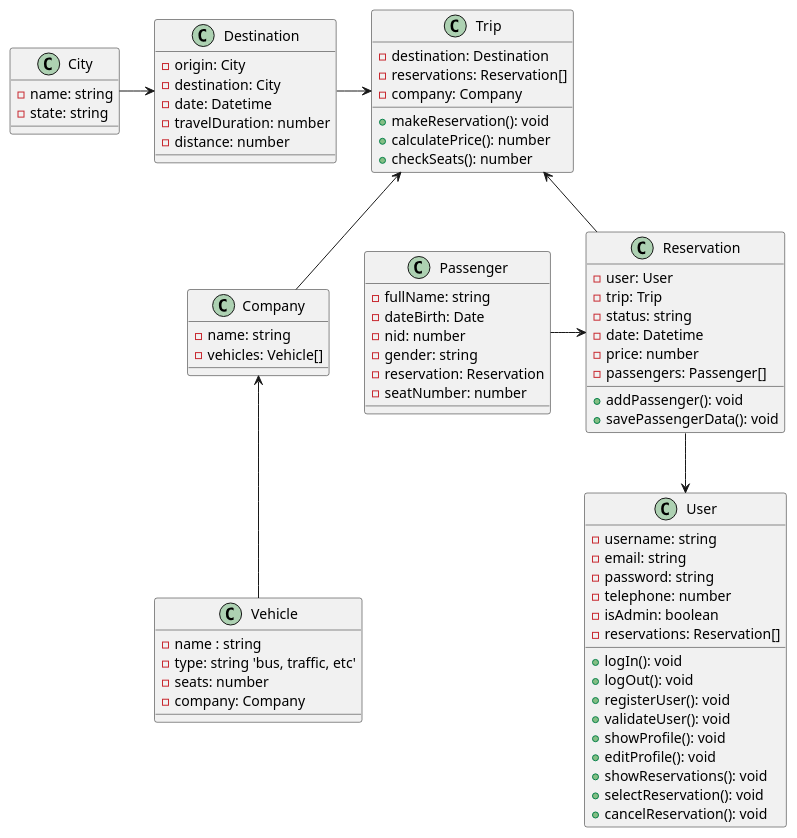
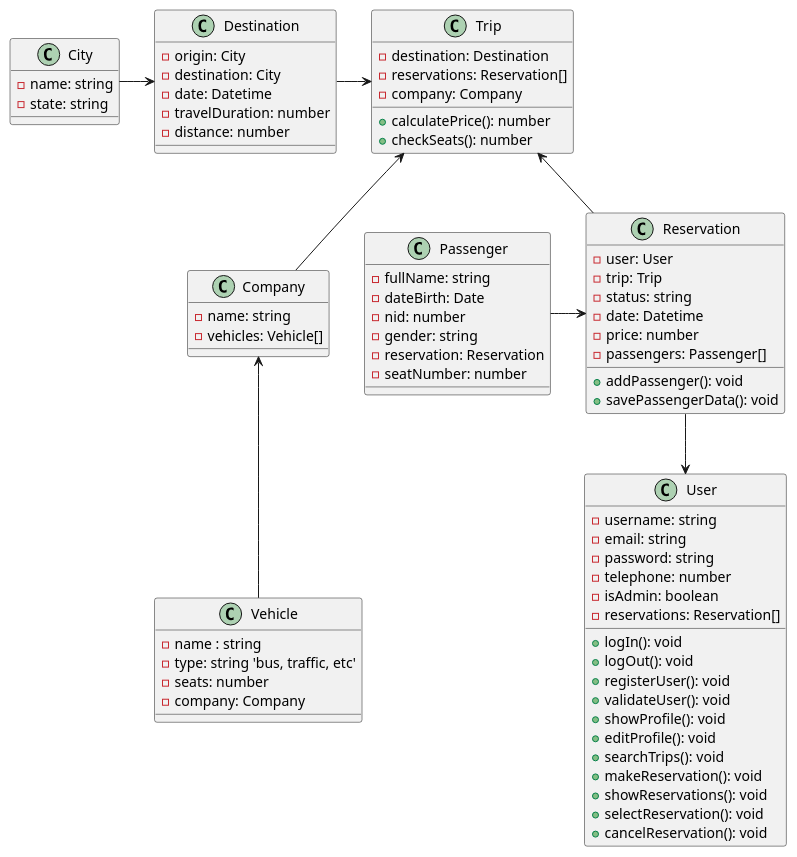
The diagram in Diagrams/platformUM-diagram.puml (NKAmazing/PlatformUM), drawn with PlantUML before and after one commit. The commit also changed 1 other file, not shown here.

Commit message:
#7 makeReservation method Started

```diff
--- a/Diagrams/platformUM-diagram.puml
+++ b/Diagrams/platformUM-diagram.puml
@@ -1,87 +1,88 @@
 @startuml PlatformUM
 
 ''' Aplication class diagram that provides travel services'''
 
 class User {
     - username: string
     - email: string
     - password: string
     - telephone: number
     - isAdmin: boolean
     - reservations: Reservation[]
     + logIn(): void
     + logOut(): void
     + registerUser(): void
     + validateUser(): void
     + showProfile(): void
     + editProfile(): void
+    + searchTrips(): void
+    + makeReservation(): void
     + showReservations(): void
     + selectReservation(): void
     + cancelReservation(): void
 }
 
 ' Add data of the vehicle
 class Vehicle {
     - name : string
     - type: string 'bus, traffic, etc'
     - seats: number
     - company: Company
 }
 
 ' *Add data of the company
 class Company {
     - name: string
     - vehicles: Vehicle[]
 }
 
 class Destination {
     - origin: City
     - destination: City
     - date: Datetime
     - travelDuration: number
     - distance: number
 }
 
 class Trip {
     - destination: Destination
     - reservations: Reservation[]
     - company: Company
-    + makeReservation(): void
     + calculatePrice(): number
     + checkSeats(): number
 }
 
 class Reservation {
     - user: User
     - trip: Trip
     - status: string
     - date: Datetime
     - price: number
     - passengers: Passenger[]
     + addPassenger(): void
     + savePassengerData(): void
 }
 
 class City {
     - name: string
     - state: string
 }
 
 class Passenger {
     - fullName: string
     - dateBirth: Date
     - nid: number
     - gender: string
     - reservation: Reservation
     - seatNumber: number
 }
 
 City -r-> Destination
 Destination -r-> Trip
 Passenger --r--> Reservation
 Reservation -u-> Trip
 Reservation -d-> User
 Vehicle -u-> Company
 Company -u-> Trip
  
 @enduml
```
